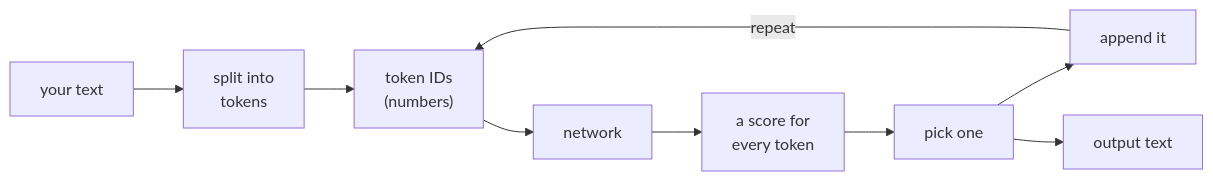
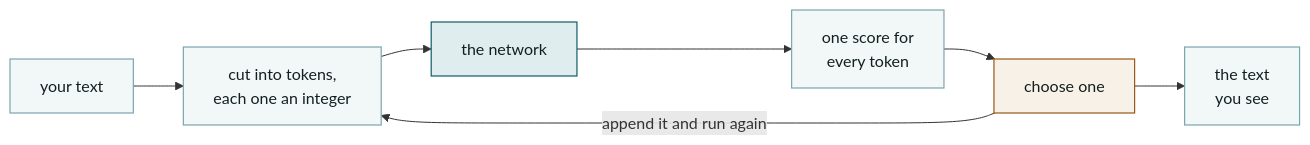
One commit to VKotzamanis/AI_Training_yasgawd changed the second of 7 diagrams in slides/01-substrate.md. Above: the diagram before and after it, drawn with Mermaid. The commit also changed other lines of this file and 19 other files, not shown here.

````diff
--- a/slides/01-substrate.md
+++ b/slides/01-substrate.md
@@ -30,11 +257,13 @@
-```mermaid {scale: 0.90}
+```mermaid {scale: 1.15}
 flowchart LR
-  A["your text"] --> B["split into<br/>tokens"]
-  B --> C["token IDs<br/>(numbers)"]
-  C --> D["network"]
-  D --> E["a score for<br/>every token"]
-  E --> F["pick one"]
-  F --> G["append it"]
-  G -->|"repeat"| C
-  F --> H["output text"]
+  classDef n fill:#F2F7F8,stroke:#7BA6AE,stroke-width:1.2px,color:#14201F
+  A["your text"] --> B["cut into tokens,<br/>each one an integer"]
+  B --> C["the network"]
+  C --> D["one score for<br/>every token"]
+  D --> E["choose one"]
+  E --> F["the text<br/>you see"]
+  E -->|"append it and run again"| B
+  style C fill:#E0EDEF,stroke:#0E5C68
+  style E fill:#F8F1E7,stroke:#97591A
+  class A,B,C,D,E,F n
 ```
````
